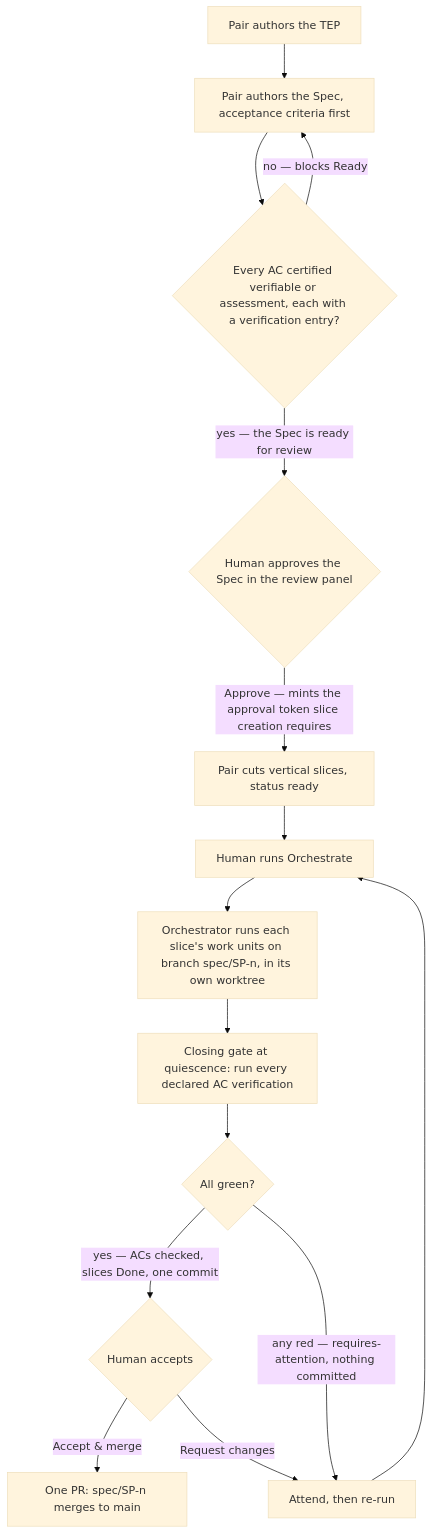
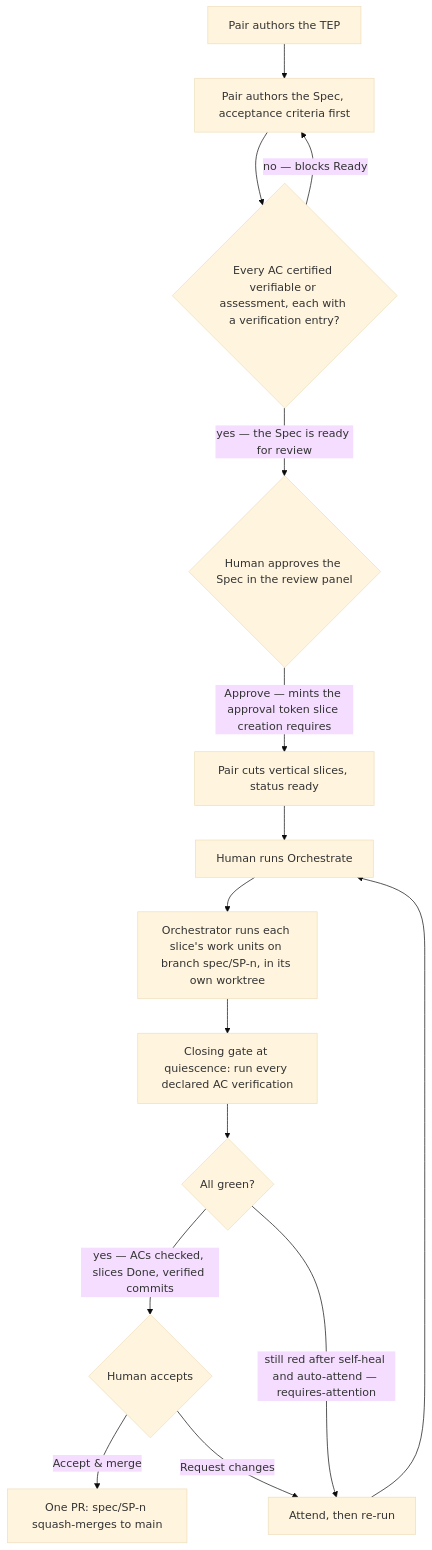
Before and after one commit to thinkube/thinkube-ai-integration: the first of 2 diagrams in docs/modules/ROOT/pages/lifecycle.adoc, drawn with Mermaid (base theme). The commit also changed other lines of this file and 6 other files, not shown here.

```diff
--- a/docs/modules/ROOT/pages/lifecycle.adoc
+++ b/docs/modules/ROOT/pages/lifecycle.adoc
@@ -11,18 +11,18 @@
 [mermaid]
 ----
 flowchart TD
     A["Pair authors the TEP"] --> B["Pair authors the Spec, acceptance criteria first"]
     B --> V{"Every AC certified verifiable or assessment, each with a verification entry?"}
     V -->|"no — blocks Ready"| B
     V -->|"yes — the Spec is ready for review"| C{"Human approves the Spec in the review panel"}
     C -->|"Approve — mints the approval token slice creation requires"| D["Pair cuts vertical slices, status ready"]
     D --> E["Human runs Orchestrate"]
     E --> F["Orchestrator runs each slice's work units on branch spec/SP-n, in its own worktree"]
     F --> G["Closing gate at quiescence: run every declared AC verification"]
     G --> H{"All green?"}
-    H -->|"yes — ACs checked, slices Done, one commit"| I{"Human accepts"}
-    H -->|"any red — requires-attention, nothing committed"| J["Attend, then re-run"]
+    H -->|"yes — ACs checked, slices Done, verified commits"| I{"Human accepts"}
+    H -->|"still red after self-heal and auto-attend — requires-attention"| J["Attend, then re-run"]
     J --> E
-    I -->|"Accept & merge"| K["One PR: spec/SP-n merges to main"]
+    I -->|"Accept & merge"| K["One PR: spec/SP-n squash-merges to main"]
     I -->|"Request changes"| J
 ----
```
